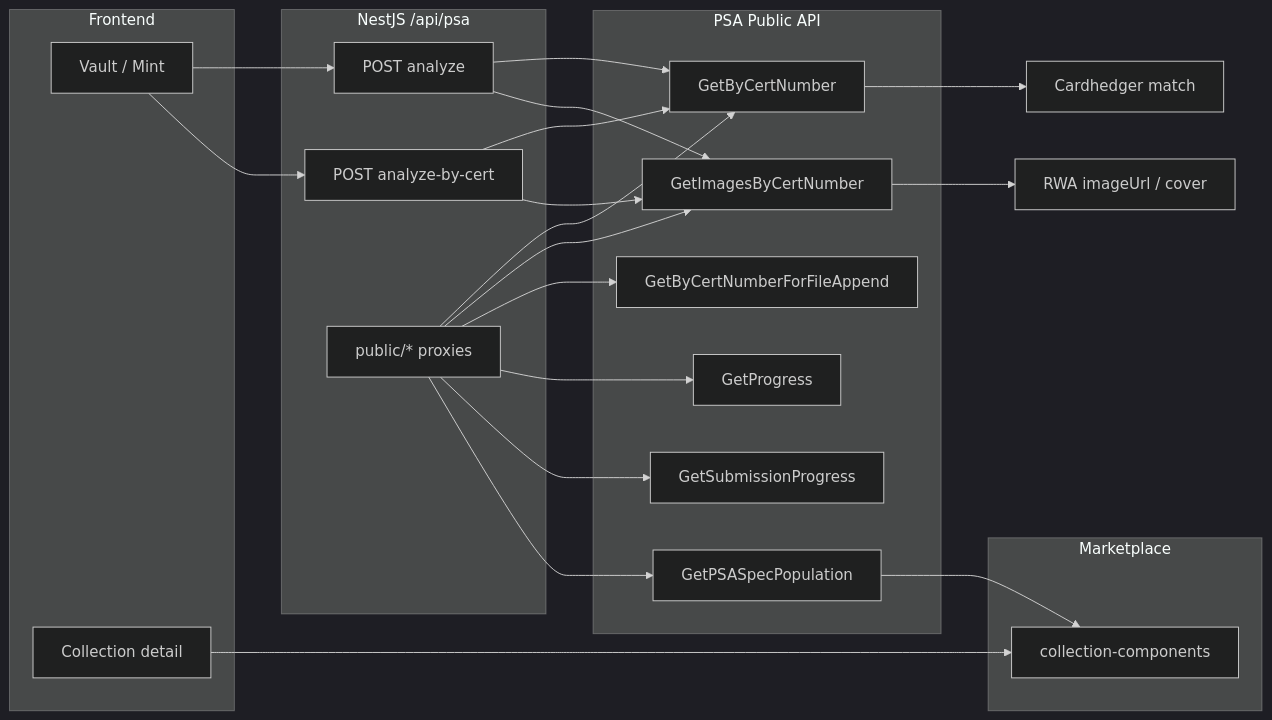
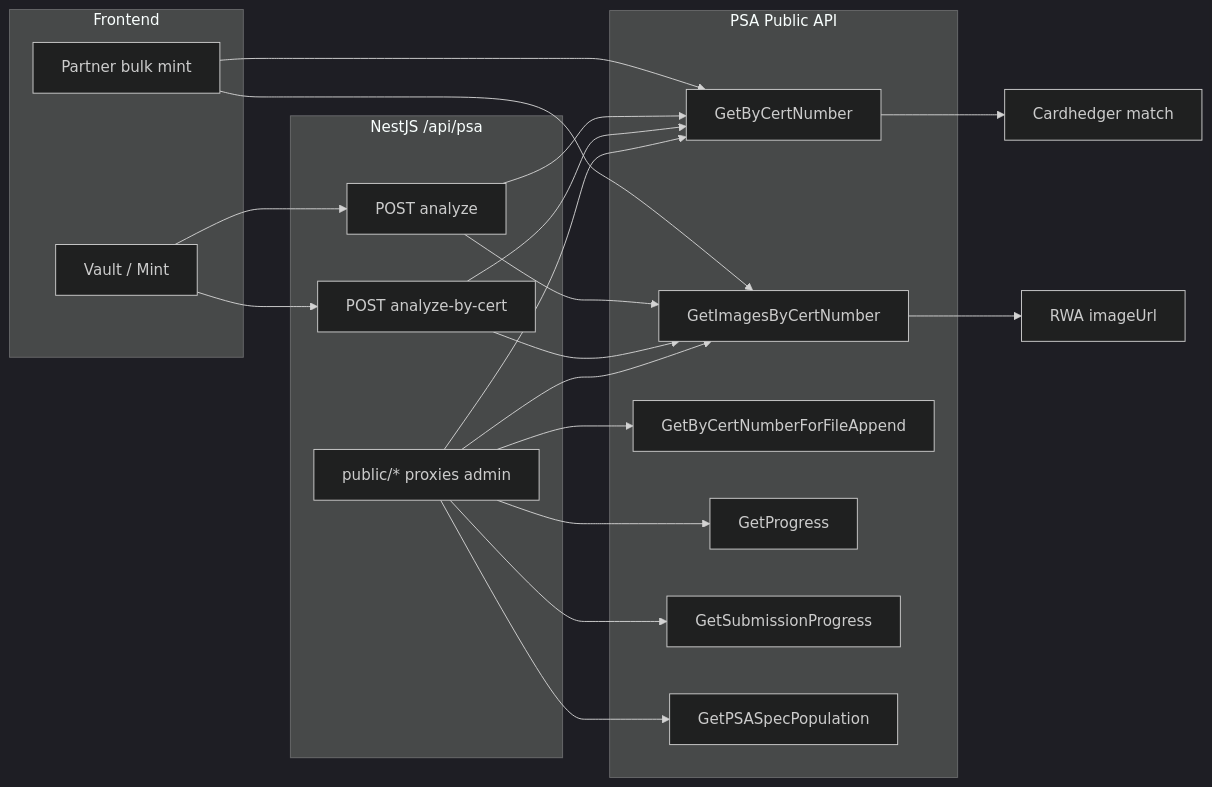
The diagram in docs/api/psa.md (tokenable-dev/tokenable-dev), drawn with Mermaid (dark theme) before and after one commit. The commit also changed other lines of this file and 307 other files, not shown here.

````diff
--- a/docs/api/psa.md
+++ b/docs/api/psa.md
@@ -14,39 +14,36 @@
 ```mermaid
 flowchart LR
   subgraph client [Frontend]
     V[Vault / Mint]
-    CD[Collection detail]
+    BM[Partner bulk mint]
   end
   subgraph tokenable [NestJS /api/psa]
     A[POST analyze]
     B[POST analyze-by-cert]
-    P[public/* proxies]
+    P[public/* proxies admin]
   end
   subgraph psa [PSA Public API]
     C1[GetByCertNumber]
     C2[GetImagesByCertNumber]
     C3[GetByCertNumberForFileAppend]
     O1[GetProgress]
     O2[GetSubmissionProgress]
     POP[GetPSASpecPopulation]
   end
-  subgraph marketplace [Marketplace]
-    CC[collection-components]
-  end
   V --> A
   V --> B
+  BM --> C1
+  BM --> C2
   A --> C1
   A --> C2
   B --> C1
   B --> C2
   P --> C1
   P --> C2
   P --> C3
   P --> O1
   P --> O2
   P --> POP
   C1 --> Cardhedger[Cardhedger match]
-  C2 --> RWA[RWA imageUrl / cover]
-  POP --> CC
-  CD --> CC
+  C2 --> RWA[RWA imageUrl]
 ```
````
